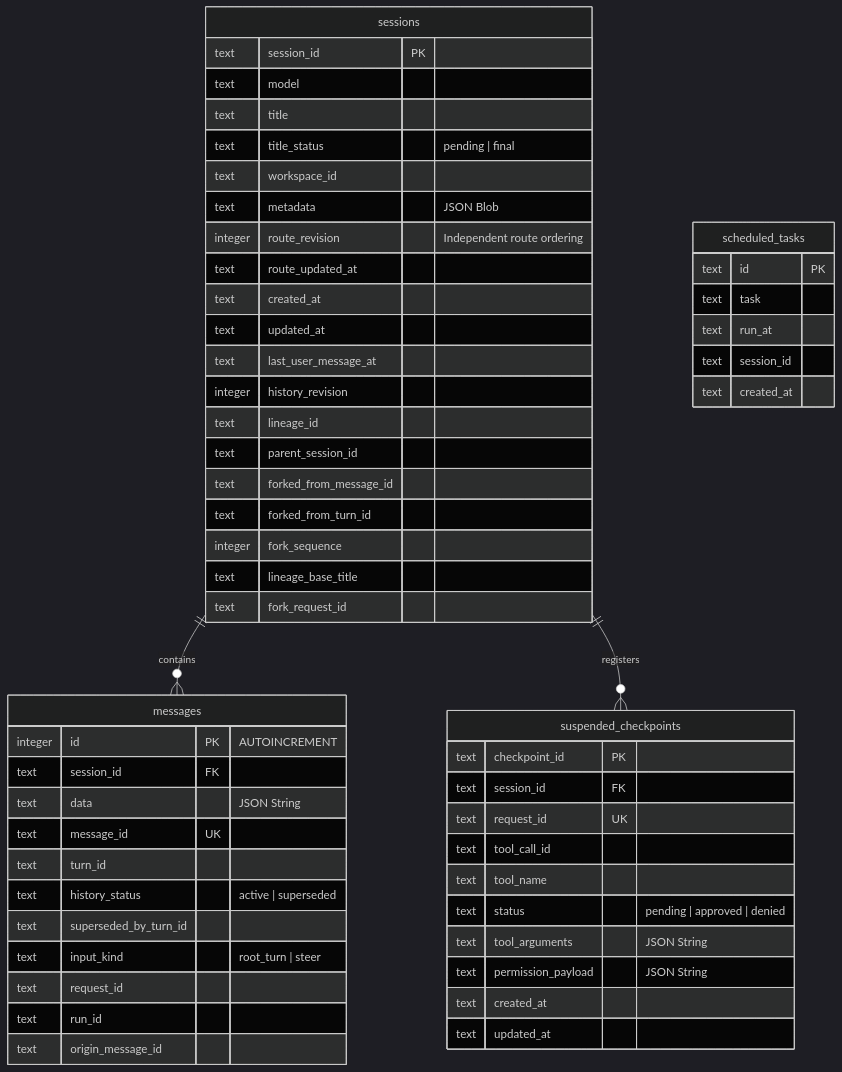
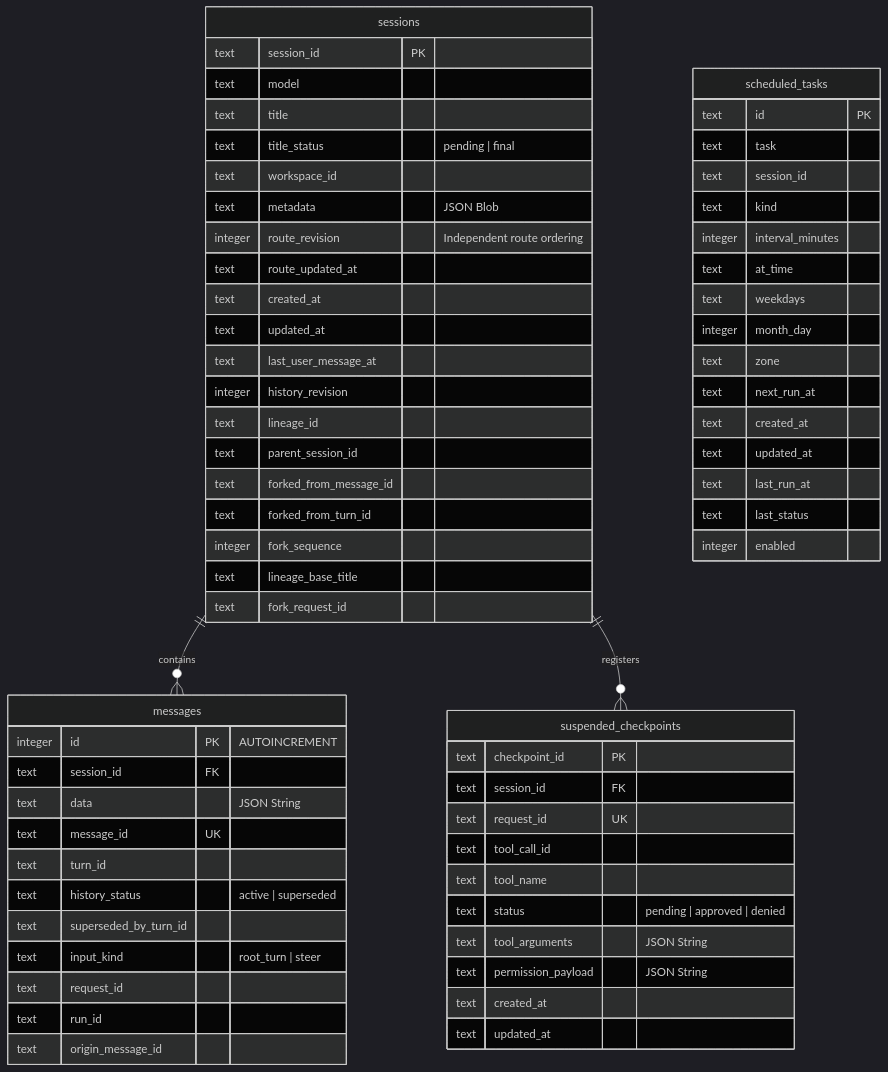
Before and after one commit to EastStarAI/sanad-agent: the first of 2 diagrams in docs/technical/agent_database_schema.md, drawn with Mermaid (dark theme). The commit also changed other lines of this file and 20 other files, not shown here.

````diff
--- a/docs/technical/agent_database_schema.md
+++ b/docs/technical/agent_database_schema.md
@@ -32,62 +32,72 @@
 ```mermaid
 erDiagram
     sessions ||--o{ messages : "contains"
     sessions ||--o{ suspended_checkpoints : "registers"
     
     sessions {
         text session_id PK
         text model
         text title
         text title_status "pending | final"
         text workspace_id
         text metadata "JSON Blob"
         integer route_revision "Independent route ordering"
         text route_updated_at
         text created_at
         text updated_at
         text last_user_message_at
         integer history_revision
         text lineage_id
         text parent_session_id
         text forked_from_message_id
         text forked_from_turn_id
         integer fork_sequence
         text lineage_base_title
         text fork_request_id
     }
     
     messages {
         integer id PK "AUTOINCREMENT"
         text session_id FK
         text data "JSON String"
         text message_id UK
         text turn_id
         text history_status "active | superseded"
         text superseded_by_turn_id
         text input_kind "root_turn | steer"
         text request_id
         text run_id
         text origin_message_id
     }
     
     scheduled_tasks {
         text id PK
         text task
-        text run_at
         text session_id
+        text kind
+        integer interval_minutes
+        text at_time
+        text weekdays
+        integer month_day
+        text zone
+        text next_run_at
         text created_at
+        text updated_at
+        text last_run_at
+        text last_status
+        integer enabled
     }
     
     suspended_checkpoints {
         text checkpoint_id PK
         text session_id FK
         text request_id UK
         text tool_call_id
         text tool_name
         text status "pending | approved | denied"
         text tool_arguments "JSON String"
         text permission_payload "JSON String"
         text created_at
         text updated_at
     }
 ```
````
